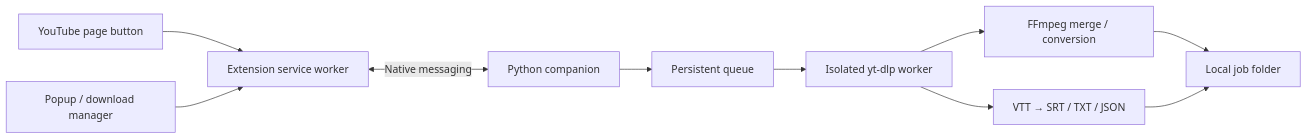
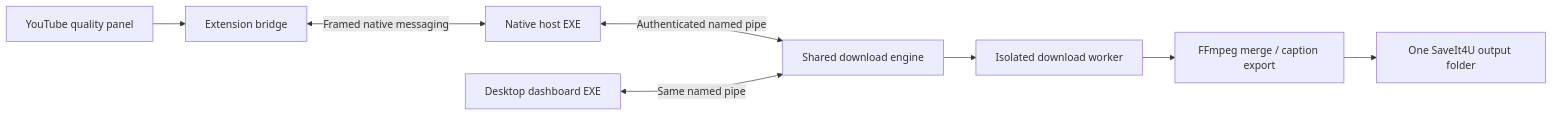
The diagram in README.md (babar-xagi/saveit4u), drawn with Mermaid before and after one commit. The commit also changed other lines of this file and 42 other files, not shown here.

````diff
--- a/README.md
+++ b/README.md
@@ -57,12 +45,10 @@
 ```mermaid
 flowchart LR
-    Y[YouTube page button] --> B[Extension service worker]
-    P[Popup / download manager] --> B
-    B <-->|Native messaging| H[Python companion]
-    H --> Q[Persistent queue]
-    Q --> W[Isolated yt-dlp worker]
-    W --> F[FFmpeg merge / conversion]
-    W --> T[VTT → SRT / TXT / JSON]
-    F --> D[Local job folder]
-    T --> D
+  P[YouTube quality panel] --> B[Extension bridge]
+  B <-->|Framed native messaging| H[Native host EXE]
+  H <-->|Authenticated named pipe| E[Shared download engine]
+  D[Desktop dashboard EXE] <-->|Same named pipe| E
+  E --> W[Isolated download worker]
+  W --> F[FFmpeg merge / caption export]
+  F --> O[One SaveIt4U output folder]
 ```
````
